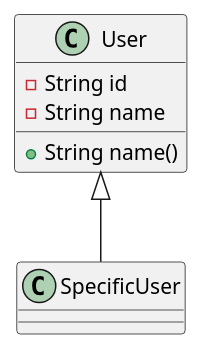
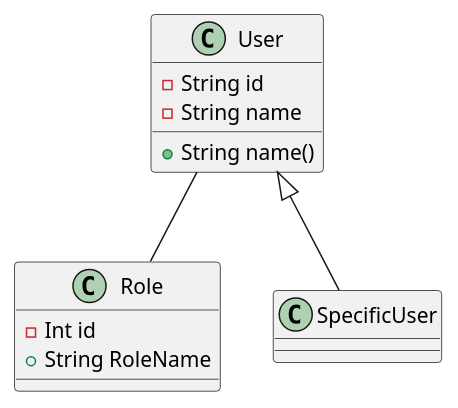
The diagram in class_01.puml (Shogun-1/conferences-arch), drawn with PlantUML before and after one commit. The commit also changed 2 other files, not shown here.

```diff
--- a/class_01.puml
+++ b/class_01.puml
@@ -1,8 +1,13 @@
 @startuml
 class User {
   -String id
   -String name
   +String name()
 }
+class Role{
+  -Int id
+  +String RoleName
+}
+User -- Role
 User <|-- SpecificUser
 @enduml
```
